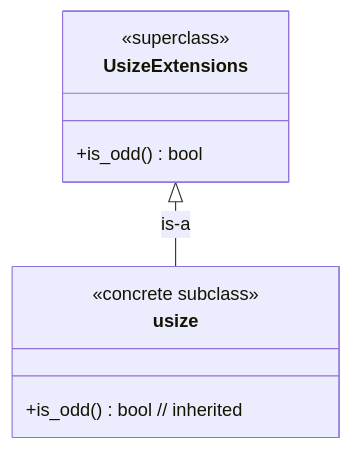
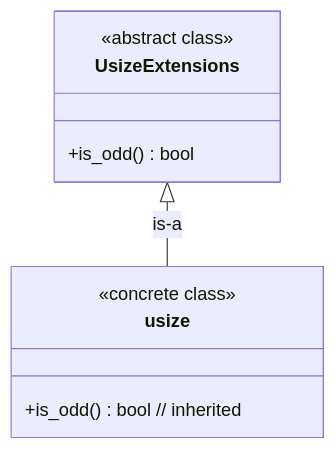
The diagram in examples/3_puzzle.md (CarlKCarlK/inherit), drawn with Mermaid before and after one commit. The commit also changed 8 other files, not shown here.

````diff
--- a/examples/3_puzzle.md
+++ b/examples/3_puzzle.md
@@ -5,16 +5,16 @@
 ```mermaid
 classDiagram
     direction TB
 
     class UsizeExtensions {
-        <<superclass>>
+        <<abstract class>>
         +is_odd() bool
     }
 
     class usize {
-        <<concrete subclass>>
+        <<concrete class>>
         +is_odd() bool // inherited
     }
 
     UsizeExtensions <|-- usize : is-a
 ```
````
